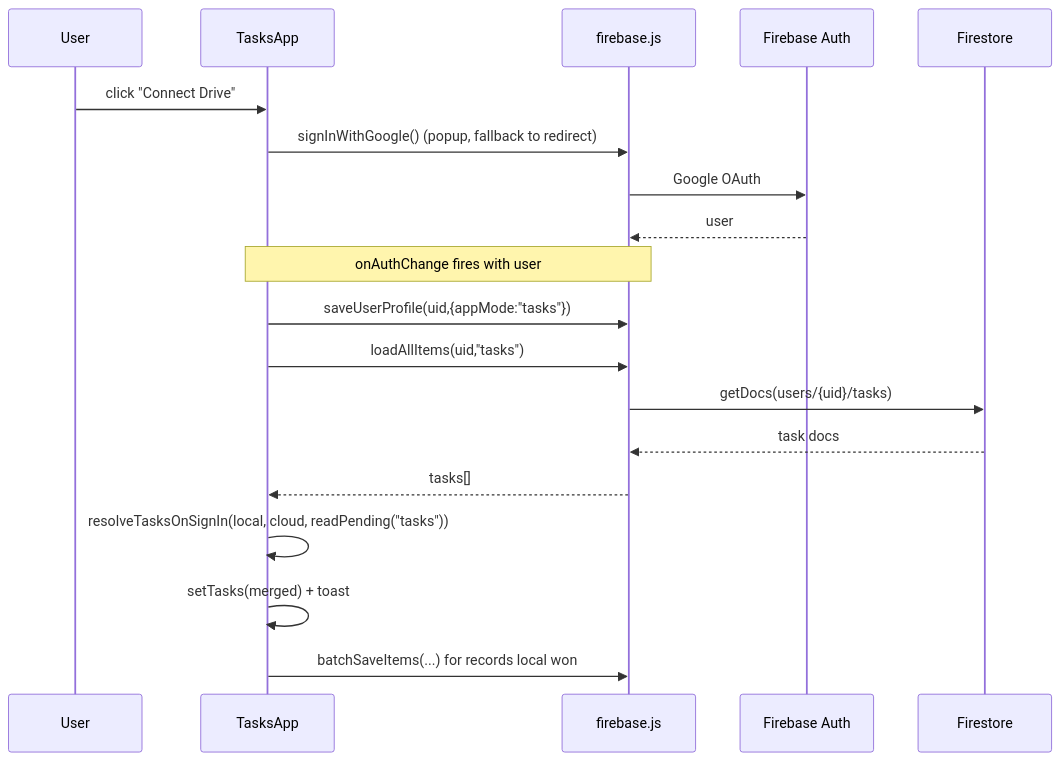
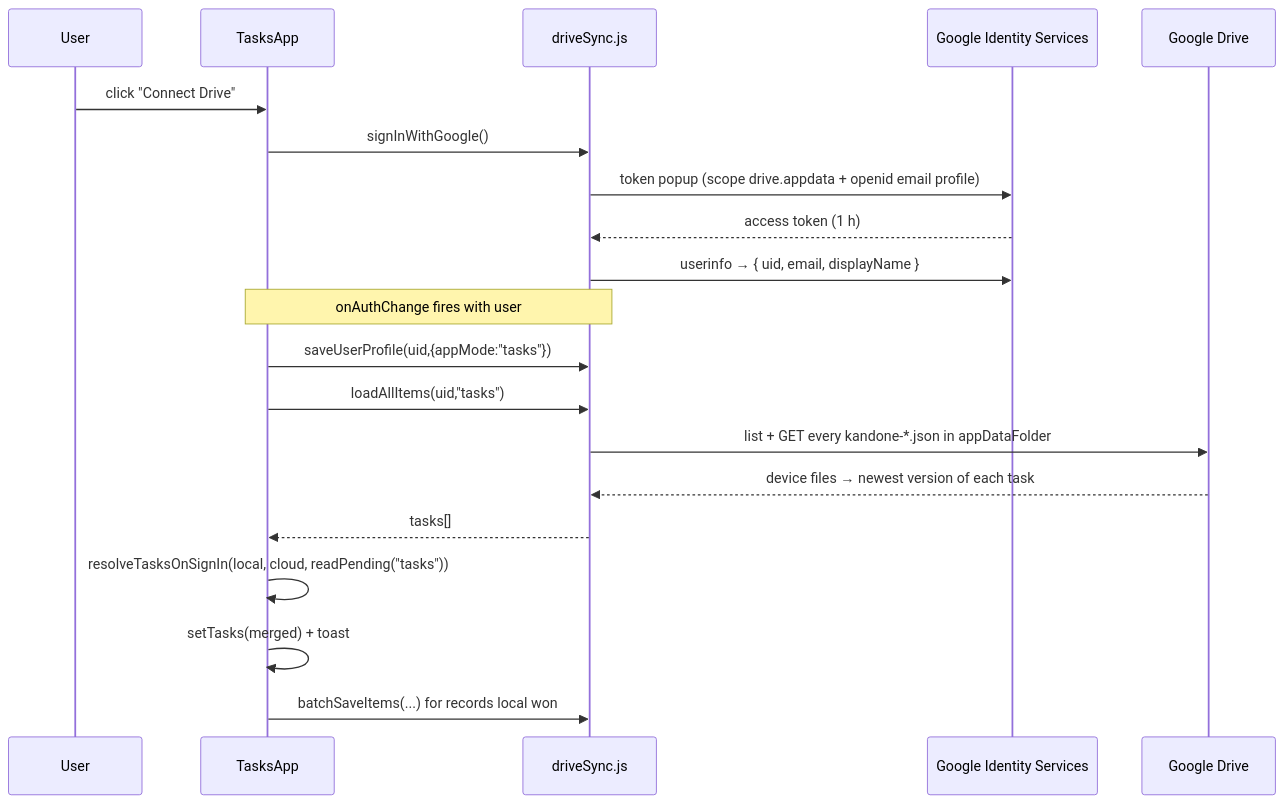
The fifth of 6 diagrams in docs/HLD.md (joka-7/KanDOne), drawn with Mermaid before and after one commit. The commit also changed other lines of this file and 19 other files, not shown here.

First line of the commit message:
feat(sync)!: sync to the user's own Google Drive instead of Firestore (#100)

````diff
--- a/docs/HLD.md
+++ b/docs/HLD.md
@@ -303,22 +306,23 @@
 ```mermaid
 sequenceDiagram
     participant U as User
     participant T as TasksApp
-    participant FB as firebase.js
-    participant AUTH as Firebase Auth
-    participant FS as Firestore
+    participant FB as driveSync.js
+    participant AUTH as Google Identity Services
+    participant FS as Google Drive
 
     U->>T: click "Connect Drive"
-    T->>FB: signInWithGoogle() (popup, fallback to redirect)
-    FB->>AUTH: Google OAuth
-    AUTH-->>FB: user
+    T->>FB: signInWithGoogle()
+    FB->>AUTH: token popup (scope drive.appdata + openid email profile)
+    AUTH-->>FB: access token (1 h)
+    FB->>AUTH: userinfo → { uid, email, displayName }
     Note over T,FB: onAuthChange fires with user
     T->>FB: saveUserProfile(uid,{appMode:"tasks"})
     T->>FB: loadAllItems(uid,"tasks")
-    FB->>FS: getDocs(users/{uid}/tasks)
-    FS-->>FB: task docs
+    FB->>FS: list + GET every kandone-*.json in appDataFolder
+    FS-->>FB: device files → newest version of each task
     FB-->>T: tasks[]
     T->>T: resolveTasksOnSignIn(local, cloud, readPending("tasks"))
     T->>T: setTasks(merged) + toast
     T->>FB: batchSaveItems(...) for records local won
 ```
````
